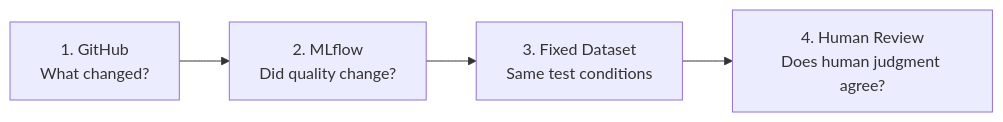
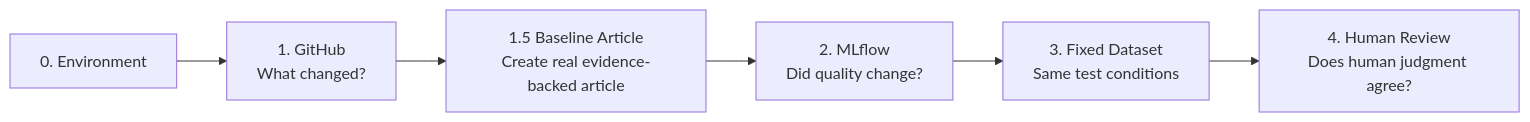
One commit to terachi2022/technical-blog-work-agent changed the diagram in docs/implementation/00-roadmap.md. Above: the diagram before and after it, drawn with Mermaid. The commit also changed other lines of this file and 40 other files, not shown here.

````diff
--- a/docs/implementation/00-roadmap.md
+++ b/docs/implementation/00-roadmap.md
@@ -17,6 +18,8 @@
 ```mermaid
 flowchart LR
-    G[1. GitHub\nWhat changed?] --> M[2. MLflow\nDid quality change?]
-    M --> D[3. Fixed Dataset\nSame test conditions]
-    D --> H[4. Human Review\nDoes human judgment agree?]
+    E[0. Environment] --> G[1. GitHub<br/>What changed?]
+    G --> A[1.5 Baseline Article<br/>Create real evidence-backed article]
+    A --> M[2. MLflow<br/>Did quality change?]
+    M --> D[3. Fixed Dataset<br/>Same test conditions]
+    D --> H[4. Human Review<br/>Does human judgment agree?]
 ```
````
